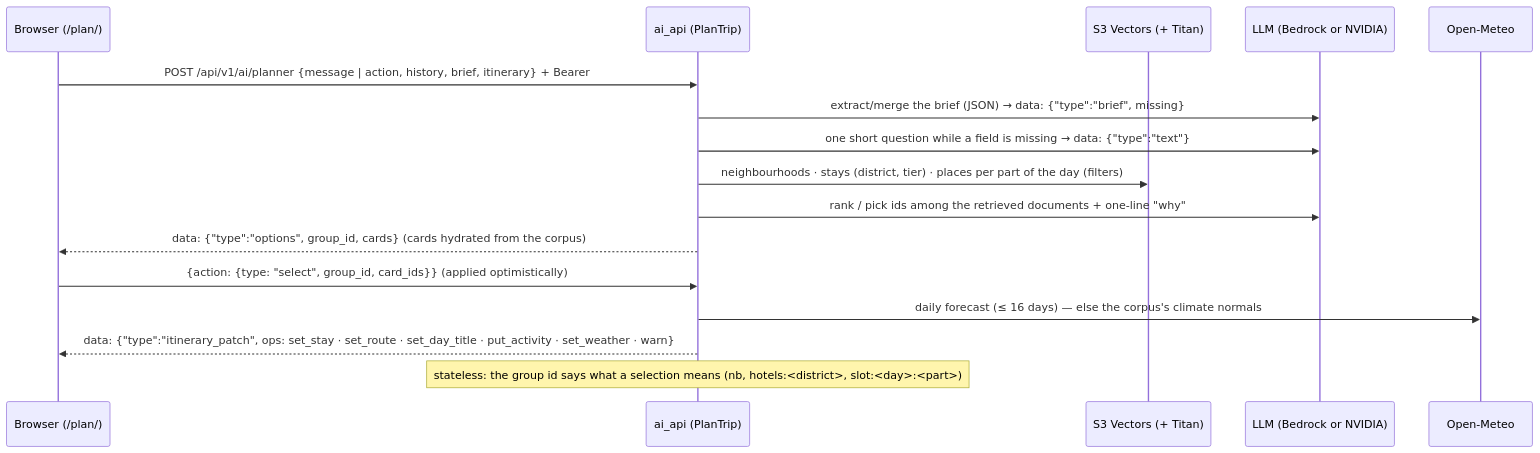
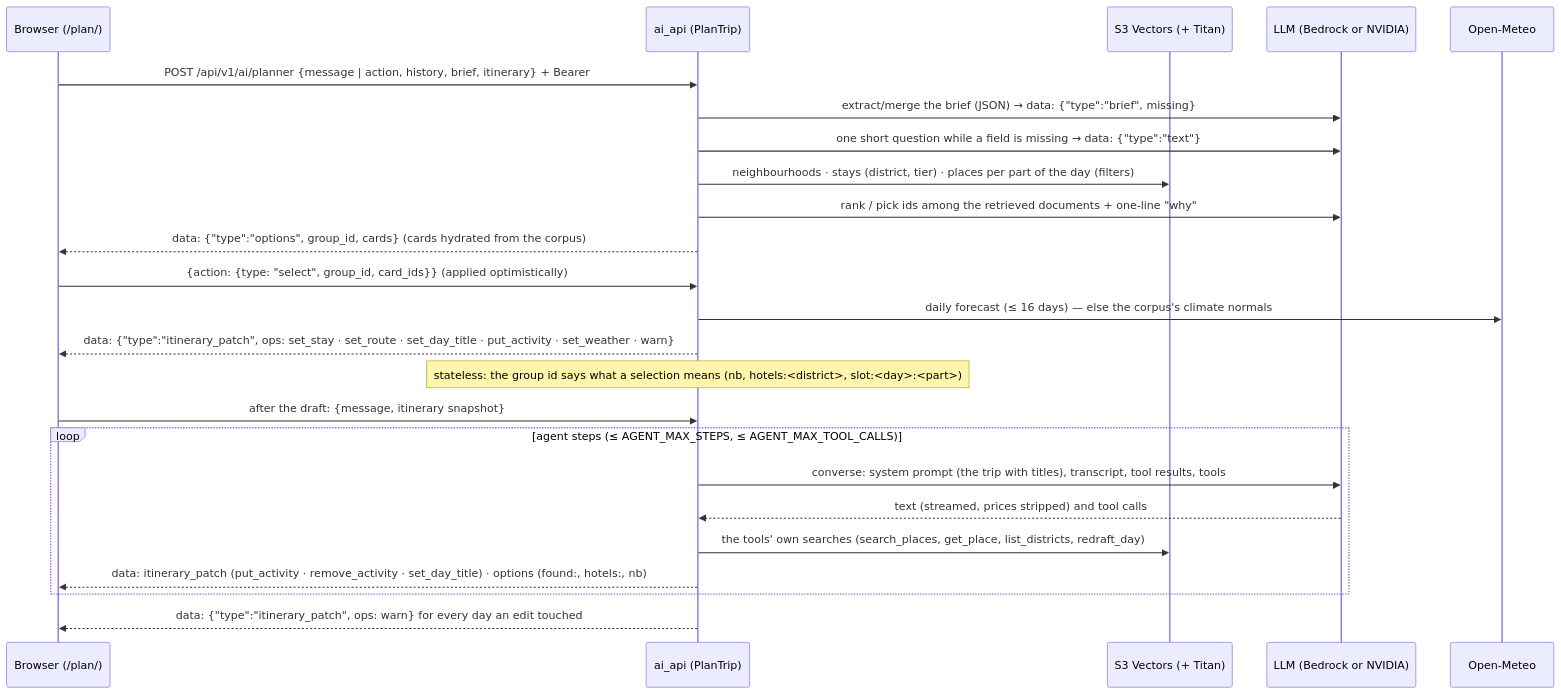
Before and after one commit to manupm87/travel-ai-world: the fourth of 4 diagrams in docs/architecture/overview.md, drawn with Mermaid. The commit also changed other lines of this file and 1 other file, not shown here.

Commit message:
docs: Kiri as an agent after the draft in the planner docs (TRA-290)

````diff
--- a/docs/architecture/overview.md
+++ b/docs/architecture/overview.md
@@ -157,18 +157,26 @@
 ```mermaid
 sequenceDiagram
     participant B as Browser (/plan/)
     participant A as ai_api (PlanTrip)
     participant V as S3 Vectors (+ Titan)
     participant N as LLM (Bedrock or NVIDIA)
     participant W as Open-Meteo
     B->>A: POST /api/v1/ai/planner {message | action, history, brief, itinerary} + Bearer
     A->>N: extract/merge the brief (JSON) → data: {"type":"brief", missing}
     A->>N: one short question while a field is missing → data: {"type":"text"}
     A->>V: neighbourhoods · stays (district, tier) · places per part of the day (filters)
     A->>N: rank / pick ids among the retrieved documents + one-line "why"
     A-->>B: data: {"type":"options", group_id, cards} (cards hydrated from the corpus)
     B->>A: {action: {type: "select", group_id, card_ids}} (applied optimistically)
     A->>W: daily forecast (≤ 16 days) — else the corpus's climate normals
     A-->>B: data: {"type":"itinerary_patch", ops: set_stay · set_route · set_day_title · put_activity · set_weather · warn}
     Note over A: stateless: the group id says what a selection means (nb, hotels:<district>, slot:<day>:<part>)
+    B->>A: after the draft: {message, itinerary snapshot}
+    loop agent steps (≤ AGENT_MAX_STEPS, ≤ AGENT_MAX_TOOL_CALLS)
+        A->>N: converse: system prompt (the trip with titles), transcript, tool results, tools
+        N-->>A: text (streamed, prices stripped) and tool calls
+        A->>V: the tools' own searches (search_places, get_place, list_districts, redraft_day)
+        A-->>B: data: itinerary_patch (put_activity · remove_activity · set_day_title) · options (found:, hotels:, nb)
+    end
+    A-->>B: data: {"type":"itinerary_patch", ops: warn} for every day an edit touched
 ```
````
